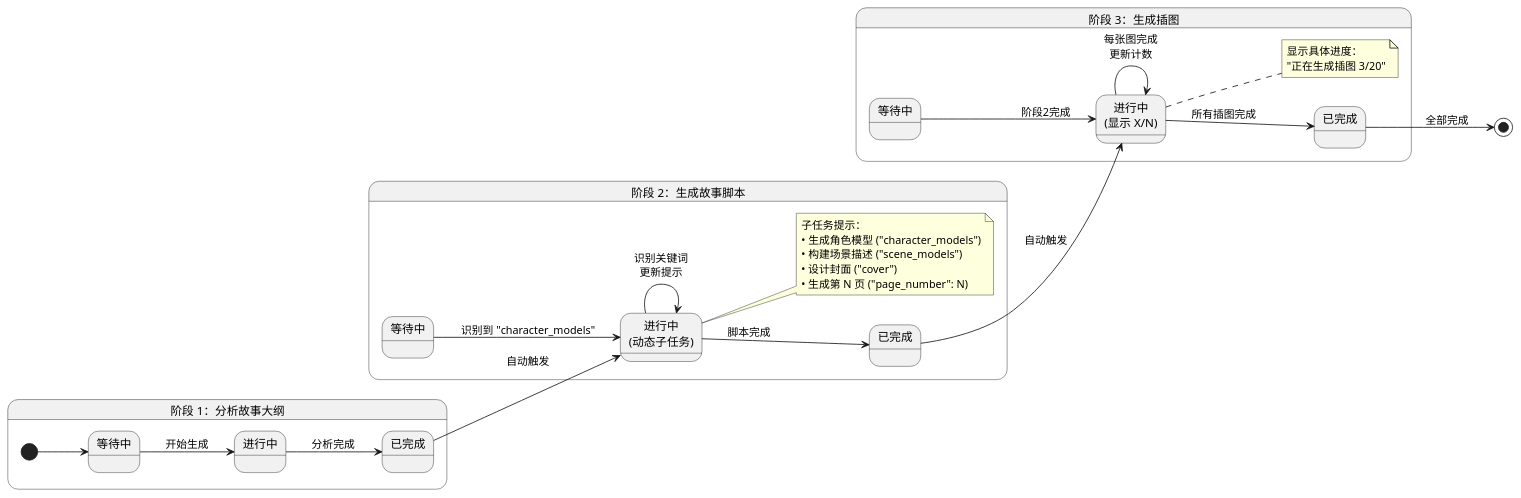
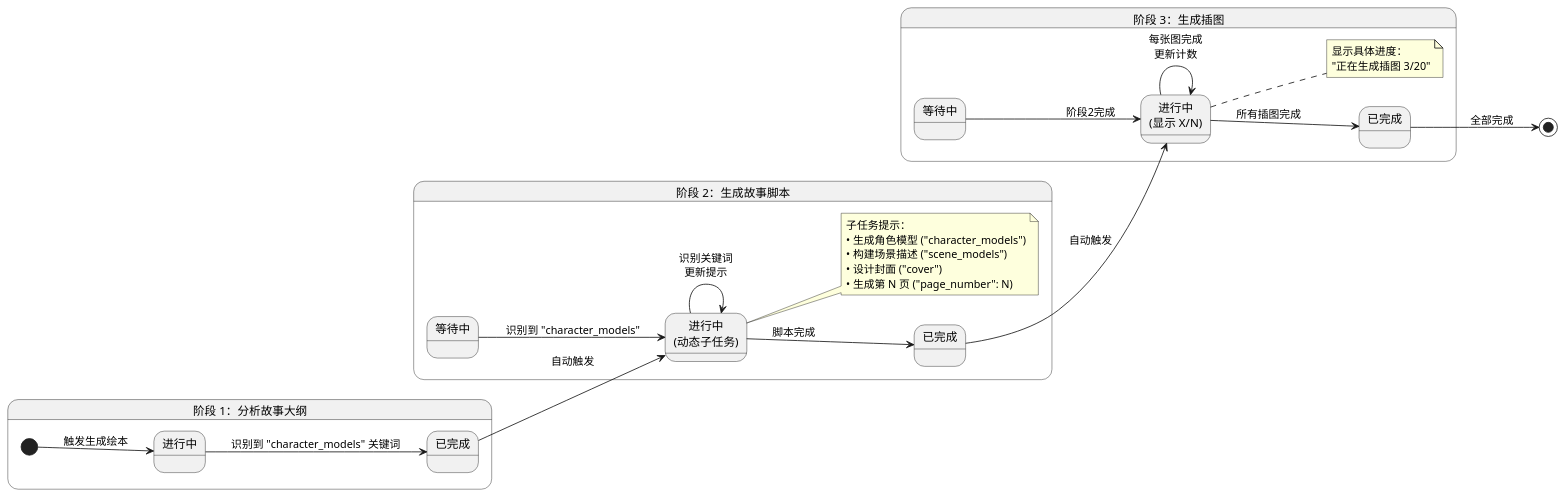
One commit to songwb89/Storybooks changed the third of 4 diagrams in AI绘本功能需求文档.md. Above: the diagram before and after it, drawn with PlantUML. The commit also changed other lines of this file, not shown here.

Commit message:
wendang tiao zheng

````diff
--- a/AI绘本功能需求文档.md
+++ b/AI绘本功能需求文档.md
@@ -336,50 +334,48 @@
 ```plantuml
 @startuml
 state "阶段 1：分析故事大纲" as S1 {
   left to right direction
-  state "等待中" as W1
   state "进行中" as R1
   state "已完成" as D1
-  [*] --> W1
-  W1 --> R1 : 开始生成
-  R1 --> D1 : 分析完成
+  [*] --> R1 : 触发生成绘本
+  R1 --> D1 : 识别到 "character_models" 关键词
 }
 
 state "阶段 2：生成故事脚本" as S2 {
   left to right direction
   state "等待中" as W2
   state "进行中\n(动态子任务)" as R2
   state "已完成" as D2
   W2 --> R2 : 识别到 "character_models"
   R2 --> R2 : 识别关键词\n更新提示
   R2 --> D2 : 脚本完成
   
   note right of R2
     子任务提示：
     • 生成角色模型 ("character_models")
     • 构建场景描述 ("scene_models")
     • 设计封面 ("cover")
     • 生成第 N 页 ("page_number": N)
   end note
 }
 
 state "阶段 3：生成插图" as S3 {
   left to right direction
   state "等待中" as W3
   state "进行中\n(显示 X/N)" as R3
   state "已完成" as D3
   W3 --> R3 : 阶段2完成
   R3 --> R3 : 每张图完成\n更新计数
   R3 --> D3 : 所有插图完成
   
   note right of R3
     显示具体进度：
     "正在生成插图 3/20"
   end note
 }
 
 D1 --> R2 : 自动触发
 D2 --> R3 : 自动触发
 D3 --> [*] : 全部完成
 @enduml
 ```
````
